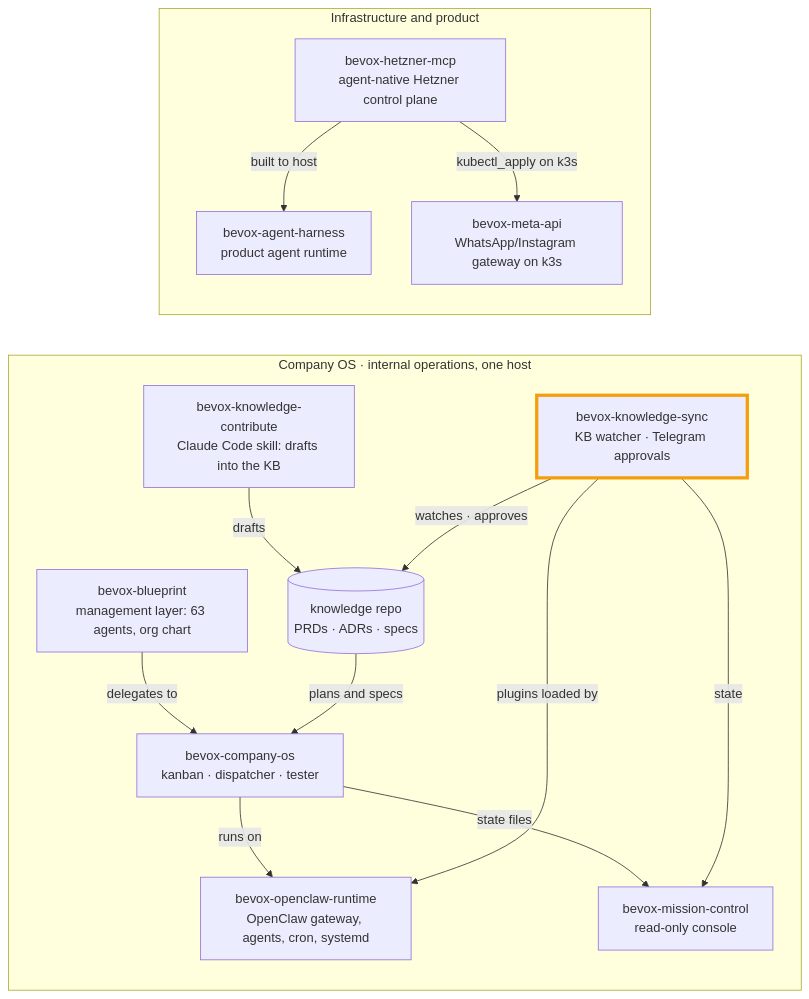
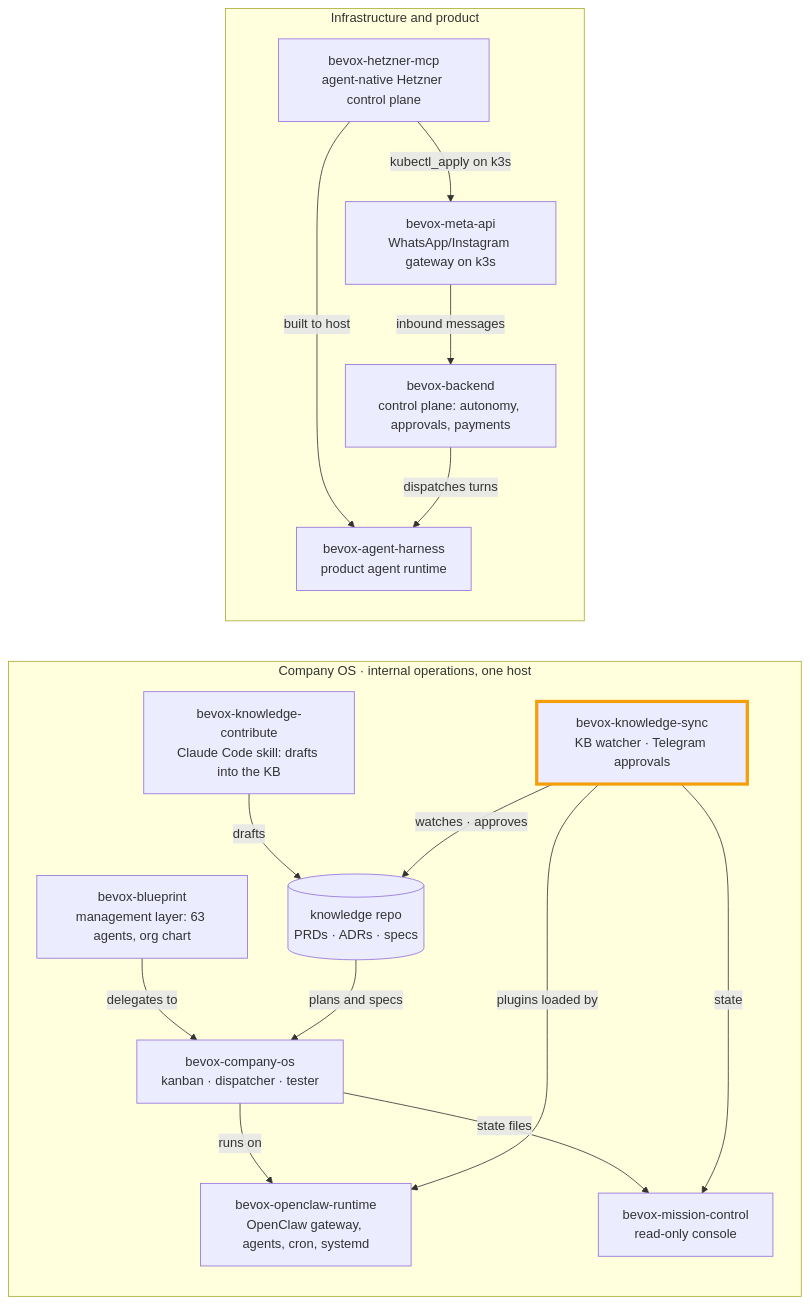
Before and after one commit to bernardTavares/bevox-knowledge-sync: the diagram in README.md, drawn with Mermaid. The commit also changed other lines of this file, not shown here.

Commit message:
docs: add bevox-backend to the repo map
Claude-Session: https://claude.ai/code/session_01Qj817cr8c8u4ecWaCmkuX1

````diff
--- a/README.md
+++ b/README.md
@@ -74,31 +74,34 @@
 ```mermaid
 flowchart LR
   subgraph OPS["Company OS · internal operations, one host"]
     direction TB
     BP["bevox-blueprint<br/>management layer: 63 agents, org chart"]
     RT["bevox-openclaw-runtime<br/>OpenClaw gateway, agents, cron, systemd"]
     COS["bevox-company-os<br/>kanban · dispatcher · tester"]
     MC["bevox-mission-control<br/>read-only console"]
     KS["bevox-knowledge-sync<br/>KB watcher · Telegram approvals"]
     KC["bevox-knowledge-contribute<br/>Claude Code skill: drafts into the KB"]
     KB[("knowledge repo<br/>PRDs · ADRs · specs")]
   end
   subgraph INFRA["Infrastructure and product"]
     direction TB
     HZ["bevox-hetzner-mcp<br/>agent-native Hetzner control plane"]
     H["bevox-agent-harness<br/>product agent runtime"]
     MA["bevox-meta-api<br/>WhatsApp/Instagram gateway on k3s"]
+    BE["bevox-backend<br/>control plane: autonomy, approvals, payments"]
   end
   BP -->|delegates to| COS
   COS -->|runs on| RT
   KS -->|plugins loaded by| RT
   KC -->|drafts| KB
   KS -->|watches · approves| KB
   KB -->|plans and specs| COS
   COS -->|state files| MC
   KS -->|state| MC
   HZ -->|built to host| H
   HZ -->|kubectl_apply on k3s| MA
+  MA -->|inbound messages| BE
+  BE -->|dispatches turns| H
   classDef here stroke:#f59e0b,stroke-width:4px
   class KS here
 ```
````
